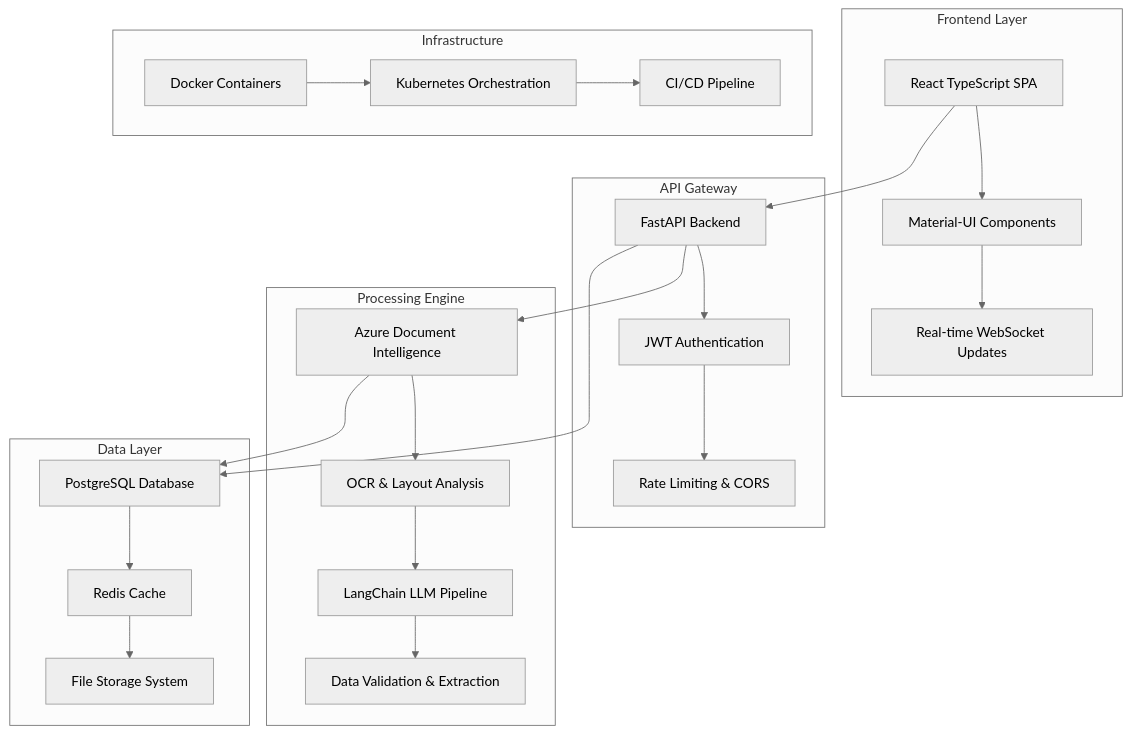
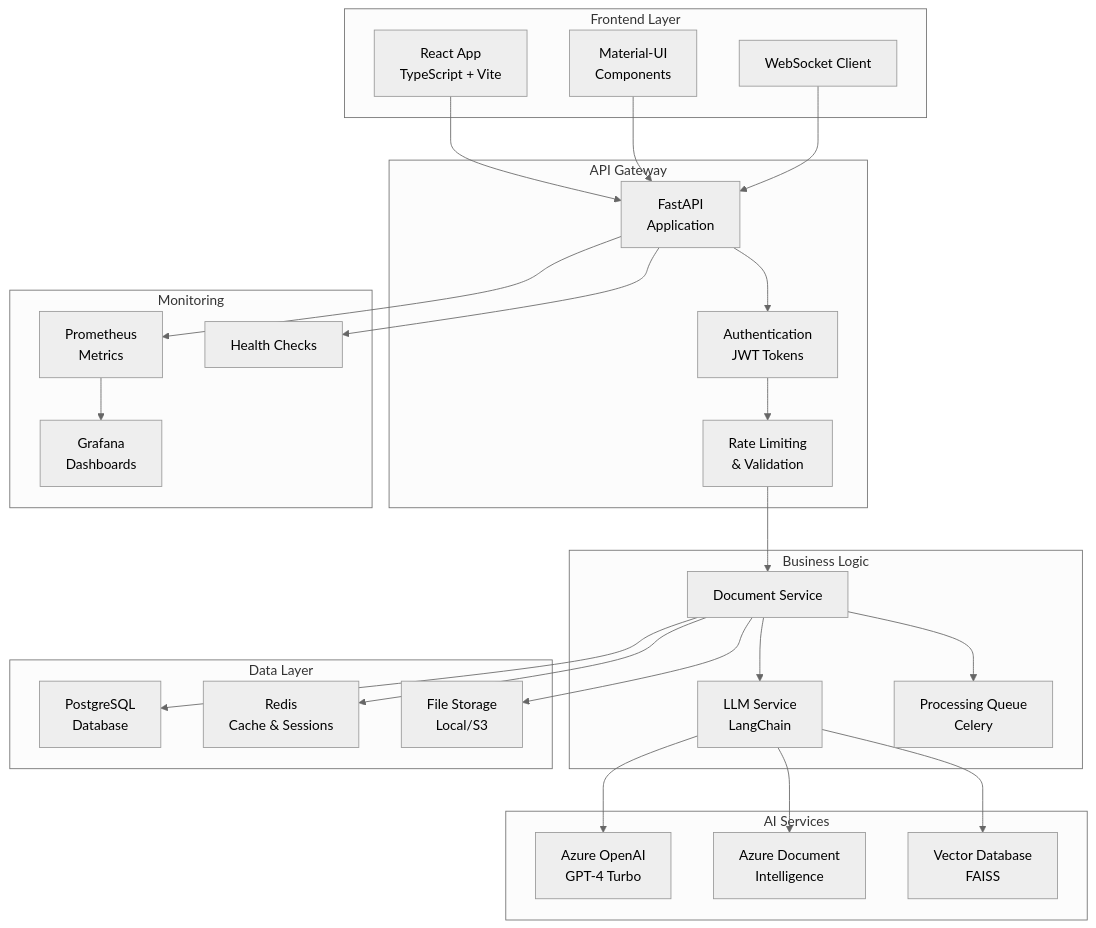
One commit to aaronseq12/LLM-powered-document-intelligence-system changed the diagram in README.md. Above: the diagram before and after it, drawn with Mermaid (neutral theme). The commit also changed other lines of this file, not shown here.

````diff
--- a/README.md
+++ b/README.md
@@ -40,33 +30,56 @@
 ```mermaid
 graph TB
     subgraph "Frontend Layer"
-        A[React TypeScript SPA] --> B[Material-UI Components]
-        B --> C[Real-time WebSocket Updates]
+        A[React App<br/>TypeScript + Vite]
+        B[Material-UI<br/>Components]
+        C[WebSocket Client]
     end
     
     subgraph "API Gateway"
-        D[FastAPI Backend] --> E[JWT Authentication]
-        E --> F[Rate Limiting & CORS]
+        D[FastAPI<br/>Application]
+        E[Authentication<br/>JWT Tokens]
+        F[Rate Limiting<br/>& Validation]
     end
     
-    subgraph "Processing Engine"
-        G[Azure Document Intelligence] --> H[OCR & Layout Analysis]
-        H --> I[LangChain LLM Pipeline]
-        I --> J[Data Validation & Extraction]
+    subgraph "Business Logic"
+        G[Document Service]
+        H[LLM Service<br/>LangChain]
+        I[Processing Queue<br/>Celery]
+    end
+    
+    subgraph "AI Services"
+        J[Azure OpenAI<br/>GPT-4 Turbo]
+        K[Azure Document<br/>Intelligence]
+        L[Vector Database<br/>FAISS]
     end
     
     subgraph "Data Layer"
-        K[PostgreSQL Database] --> L[Redis Cache]
-        L --> M[File Storage System]
+        M[PostgreSQL<br/>Database]
+        N[Redis<br/>Cache & Sessions]
+        O[File Storage<br/>Local/S3]
     end
     
-    subgraph "Infrastructure"
-        N[Docker Containers] --> O[Kubernetes Orchestration]
-        O --> P[CI/CD Pipeline]
+    subgraph "Monitoring"
+        P[Prometheus<br/>Metrics]
+        Q[Grafana<br/>Dashboards]
+        R[Health Checks]
     end
     
     A --> D
-    D --> G
-    G --> K
-    D --> K
+    B --> D
+    C --> D
+    D --> E
+    E --> F
+    F --> G
+    G --> H
+    G --> I
+    H --> J
+    H --> K
+    H --> L
+    G --> M
+    G --> N
+    G --> O
+    D --> P
+    P --> Q
+    D --> R
 ```
````
